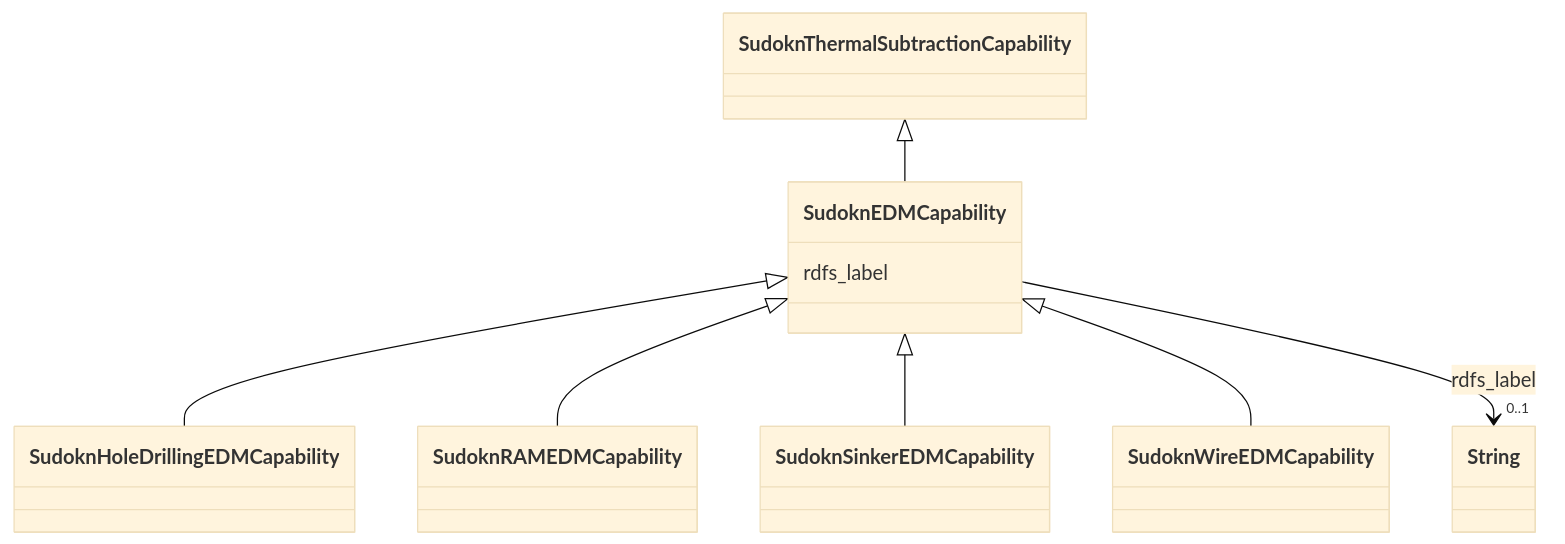
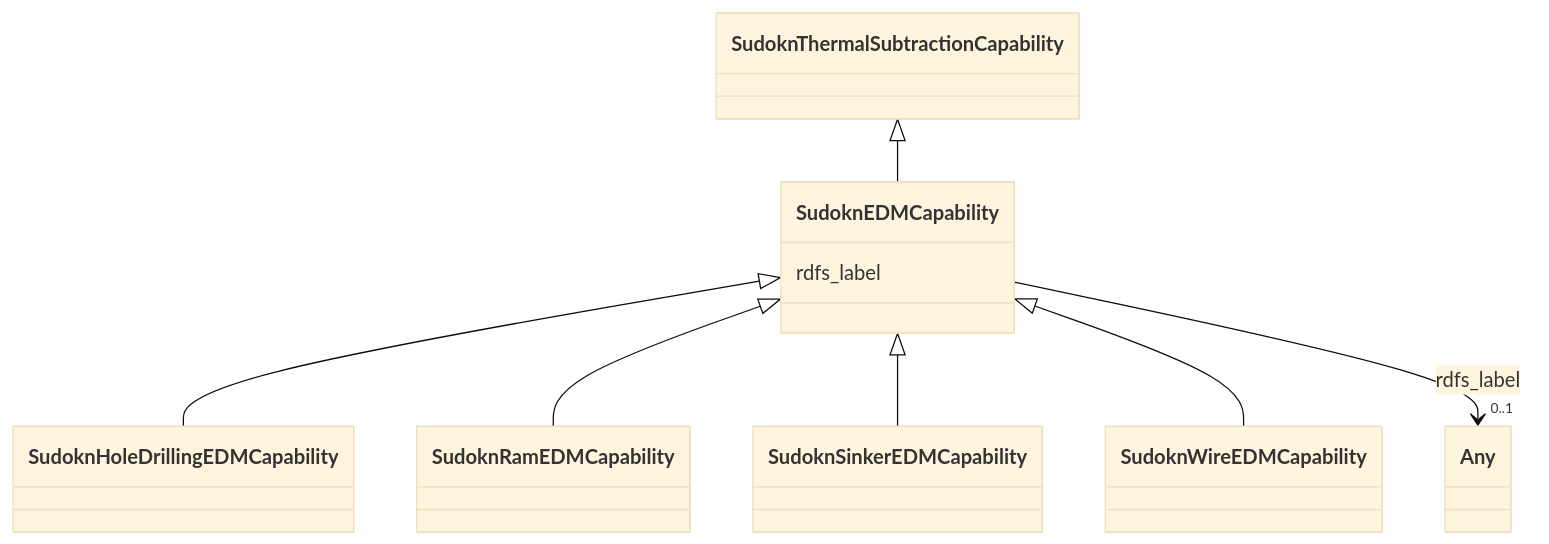
The diagram in sudokn-kg/classes/SudoknEDMCapability.md (frink-okn/graph-descriptions), drawn with Mermaid (base theme) before and after one commit. The commit also changed other lines of this file and 903 other files, not shown here.

````diff
--- a/sudokn-kg/classes/SudoknEDMCapability.md
+++ b/sudokn-kg/classes/SudoknEDMCapability.md
@@ -23,29 +18,29 @@
 ```mermaid
  classDiagram
     class SudoknEDMCapability
     click SudoknEDMCapability href "../SudoknEDMCapability"
       SudoknThermalSubtractionCapability <|-- SudoknEDMCapability
         click SudoknThermalSubtractionCapability href "../SudoknThermalSubtractionCapability"
       
 
       SudoknEDMCapability <|-- SudoknHoleDrillingEDMCapability
         click SudoknHoleDrillingEDMCapability href "../SudoknHoleDrillingEDMCapability"
-      SudoknEDMCapability <|-- SudoknRAMEDMCapability
-        click SudoknRAMEDMCapability href "../SudoknRAMEDMCapability"
+      SudoknEDMCapability <|-- SudoknRamEDMCapability
+        click SudoknRamEDMCapability href "../SudoknRamEDMCapability"
       SudoknEDMCapability <|-- SudoknSinkerEDMCapability
         click SudoknSinkerEDMCapability href "../SudoknSinkerEDMCapability"
       SudoknEDMCapability <|-- SudoknWireEDMCapability
         click SudoknWireEDMCapability href "../SudoknWireEDMCapability"
       
       
       SudoknEDMCapability : rdfs_label
         
           
     
     
-    SudoknEDMCapability --> "0..1" String : rdfs_label
-    click String href "../String"
+    SudoknEDMCapability --> "0..1" Any : rdfs_label
+    click Any href "../Any"
 
         
       
 ```
````
